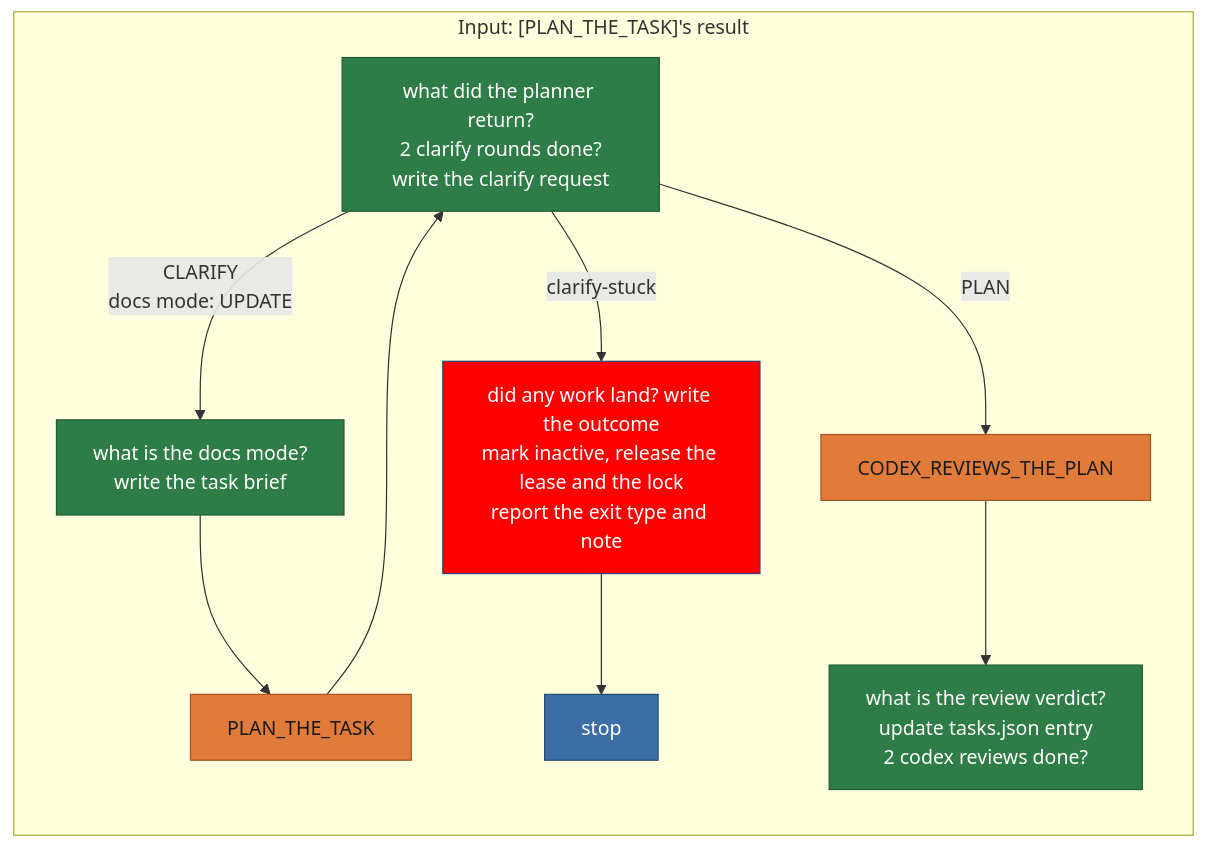
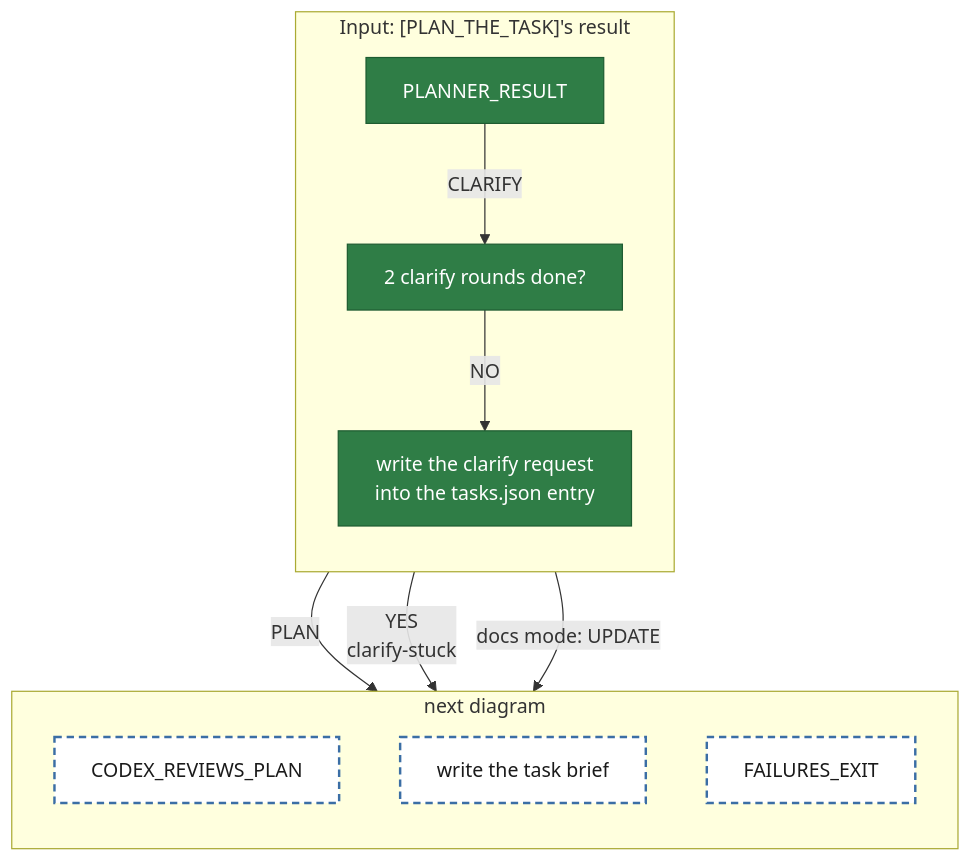
The diagram in diagrams/tackle-tasks/pipeline-whatDidThePlannerReturn.mmd (matkatmusic/taskTools), drawn with Mermaid before and after one commit. The commit also changed 164 other files, not shown here.

First line of the commit message:
Add new task scripts and templates for handling rebase and review processes

```diff
--- a/diagrams/tackle-tasks/pipeline-whatDidThePlannerReturn.mmd
+++ b/diagrams/tackle-tasks/pipeline-whatDidThePlannerReturn.mmd
@@ -1,29 +1,30 @@
 flowchart TB
-%% One agent() call. /run-step starts at WHAT_DID_THE_PLANNER_RETURN; paths end at orange box or STOP; its answer feeds named diagram.
+%% One agent() call. /run-step starts at WHAT_DID_THE_PLANNER_RETURN. Every path ends at an orange block or a dashed block.
 
   subgraph whatDidThePlannerReturn ["Input: [PLAN_THE_TASK]'s result"]
     direction TB
-    WHAT_DID_THE_PLANNER_RETURN["what did the planner return?<br/>2 clarify rounds done?<br/>write the clarify request"]
-    CODEX_REVIEWS_PLAN["CODEX_REVIEWS_THE_PLAN"]
-    DOCUMENT_GENERATION["what is the docs mode?<br/>write the task brief"]
-    PLAN_THE_TASK["PLAN_THE_TASK"]
-    FAILURES_EXIT["did any work land? write the outcome<br/>mark inactive, release the lease and the lock<br/>report the exit type and note"]
-    STOP["stop"]
-    WHAT_IS_REVIEW_VERDICT["what is the review verdict?<br/>update tasks.json entry<br/>2 codex reviews done?"]
+    WHAT_DID_THE_PLANNER_RETURN["PLANNER_RESULT"]
+    ARE_2_CLARIFY_ROUNDS_DONE_Q["2 clarify rounds done?"]
+    WRITE_CLARIFY_REQUEST["write the clarify request<br/>into the tasks.json entry"]
   end
+  subgraph whatDidThePlannerReturnNext ["next diagram"]
+    direction TB
+    CODEX_REVIEWS_PLAN["CODEX_REVIEWS_PLAN"]
+    DOCUMENT_GENERATION["write the task brief"]
+    FAILURES_EXIT["FAILURES_EXIT"]
+  end
+  whatDidThePlannerReturn ~~~ whatDidThePlannerReturnNext
+
   WHAT_DID_THE_PLANNER_RETURN -- "PLAN" --> CODEX_REVIEWS_PLAN
-  WHAT_DID_THE_PLANNER_RETURN -- "CLARIFY<br/>docs mode: UPDATE" --> DOCUMENT_GENERATION
-  DOCUMENT_GENERATION --> PLAN_THE_TASK
-  FAILURES_EXIT --> STOP
-  WHAT_DID_THE_PLANNER_RETURN -- "clarify-stuck" --> FAILURES_EXIT
-  CODEX_REVIEWS_PLAN --> WHAT_IS_REVIEW_VERDICT
-  PLAN_THE_TASK --> WHAT_DID_THE_PLANNER_RETURN
+  WHAT_DID_THE_PLANNER_RETURN -- "CLARIFY" --> ARE_2_CLARIFY_ROUNDS_DONE_Q
+  ARE_2_CLARIFY_ROUNDS_DONE_Q -- "NO" --> WRITE_CLARIFY_REQUEST
+  ARE_2_CLARIFY_ROUNDS_DONE_Q -- "YES<br/>clarify-stuck" --> FAILURES_EXIT
+  WRITE_CLARIFY_REQUEST -- "docs mode: UPDATE" --> DOCUMENT_GENERATION
 
   classDef script fill:#2f7d46,stroke:#1e5c31,color:#ffffff
   classDef returns_a_prompt fill:#e07b39,stroke:#a8541f,color:#1a1a1a
   classDef fail fill:red,stroke:#254a70,color:#ffffff
   classDef output fill:#3b6ea5,stroke:#254a70,color:#ffffff
-  class WHAT_DID_THE_PLANNER_RETURN,DOCUMENT_GENERATION,WHAT_IS_REVIEW_VERDICT script
-  class CODEX_REVIEWS_PLAN,PLAN_THE_TASK returns_a_prompt
-  class FAILURES_EXIT fail
-  class STOP output
+  classDef next_diagram fill:#ffffff,stroke:#3b6ea5,stroke-width:2px,stroke-dasharray:6 4,color:#1a1a1a
+  class WHAT_DID_THE_PLANNER_RETURN,ARE_2_CLARIFY_ROUNDS_DONE_Q,WRITE_CLARIFY_REQUEST script
+  class CODEX_REVIEWS_PLAN,DOCUMENT_GENERATION,FAILURES_EXIT next_diagram
```
